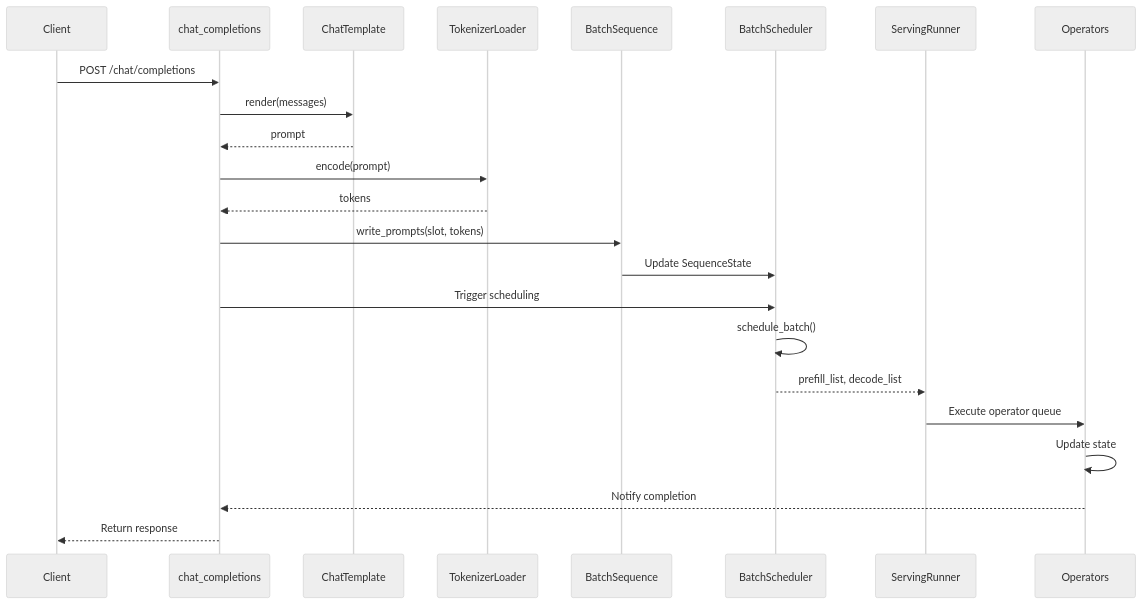
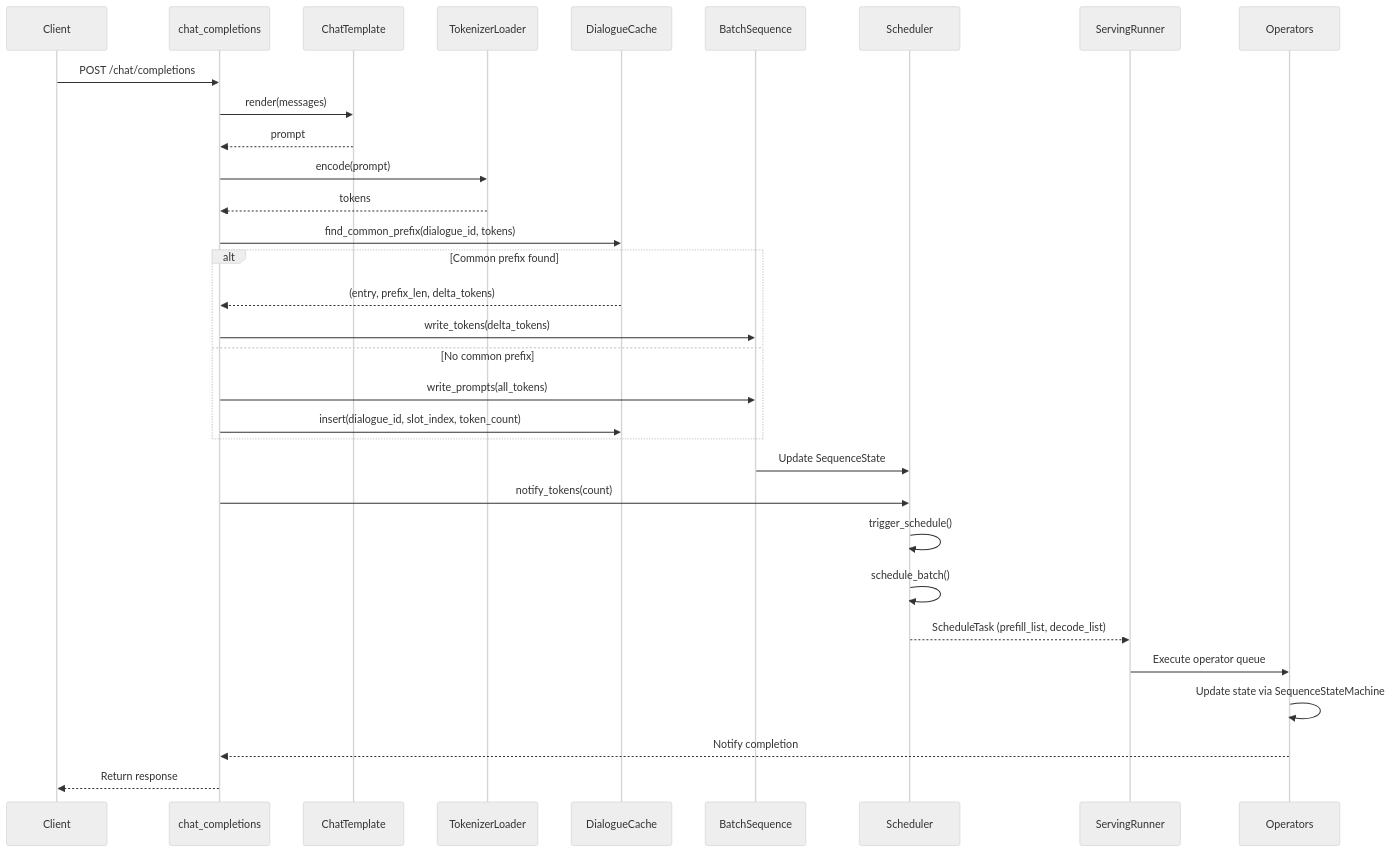
One commit to lucienhuangfu/eLLM changed the third of 4 diagrams in docs/design/runtime/overview.md. Above: the diagram before and after it, drawn with Mermaid (neutral theme). The commit also changed other lines of this file and 2 other files, not shown here.

First line of the commit message:
Revise runtime docs: cache, scheduler, slot manager

````diff
--- a/docs/design/runtime/overview.md
+++ b/docs/design/runtime/overview.md
@@ -133,26 +169,37 @@
 ```mermaid
 sequenceDiagram
     participant Client as Client
     participant Handler as chat_completions
     participant Template as ChatTemplate
     participant Tokenizer as TokenizerLoader
+    participant Cache as DialogueCache
     participant BatchSeq as BatchSequence
-    participant Scheduler as BatchScheduler
+    participant Scheduler as Scheduler
     participant Runner as ServingRunner
     participant Ops as Operators
 
     Client->>Handler: POST /chat/completions
     Handler->>Template: render(messages)
     Template-->>Handler: prompt
     Handler->>Tokenizer: encode(prompt)
     Tokenizer-->>Handler: tokens
-    Handler->>BatchSeq: write_prompts(slot, tokens)
+    
+    Handler->>Cache: find_common_prefix(dialogue_id, tokens)
+    alt Common prefix found
+        Cache-->>Handler: (entry, prefix_len, delta_tokens)
+        Handler->>BatchSeq: write_tokens(delta_tokens)
+    else No common prefix
+        Handler->>BatchSeq: write_prompts(all_tokens)
+        Handler->>Cache: insert(dialogue_id, slot_index, token_count)
+    end
+    
     BatchSeq->>Scheduler: Update SequenceState
-    Handler->>Scheduler: Trigger scheduling
+    Handler->>Scheduler: notify_tokens(count)
+    Scheduler->>Scheduler: trigger_schedule()
     Scheduler->>Scheduler: schedule_batch()
-    Scheduler-->>Runner: prefill_list, decode_list
+    Scheduler-->>Runner: ScheduleTask (prefill_list, decode_list)
     Runner->>Ops: Execute operator queue
-    Ops->>Ops: Update state
+    Ops->>Ops: Update state via SequenceStateMachine
     Ops-->>Handler: Notify completion
     Handler-->>Client: Return response
 ```
````
